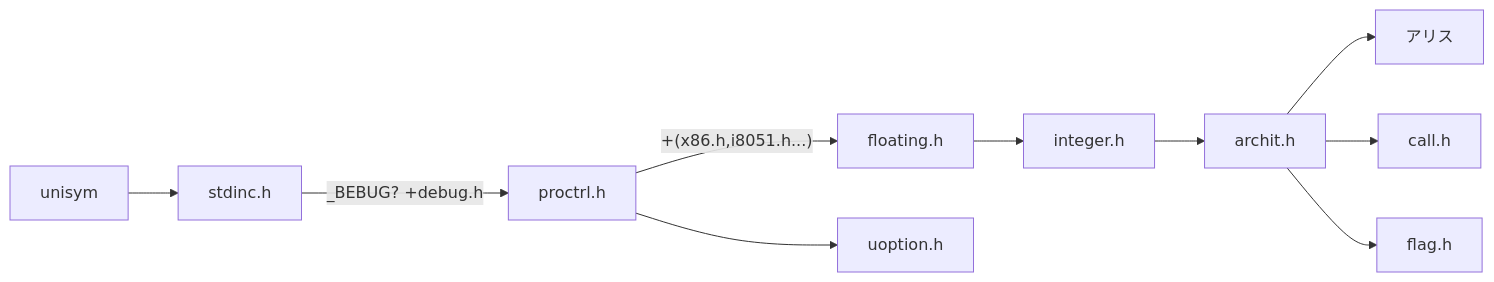
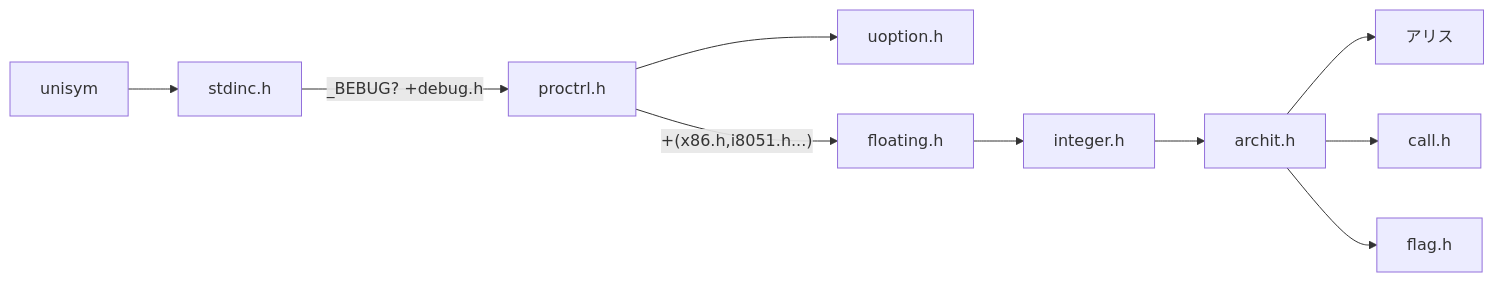
The second of 5 diagrams in doc/WEB/www.unisym.org/en/6-Depend.md (ArinaMgk/unisym), drawn with Mermaid before and after one commit. The commit also changed other lines of this file and 75 other files, not shown here.

````diff
--- a/doc/WEB/www.unisym.org/en/6-Depend.md
+++ b/doc/WEB/www.unisym.org/en/6-Depend.md
@@ -43,14 +43,14 @@
 ```mermaid
 graph LR
 	alice[アリス]
 	arch[archit.h]
 	arch-->alice
 	arch-->calling[call.h]
 	arch-->flag.h
 	proctrl[proctrl.h]
+	proctrl-->uoption.h
 	proctrl--+(x86.h,i8051.h...)-->floating.h-->integer.h-->arch
-	proctrl-->uoption.h
 	stdinc[stdinc.h]
 	stdinc--"_BEBUG? +debug.h"-->proctrl
 	unisym-->stdinc
 ```
````
